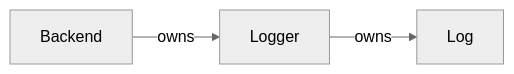
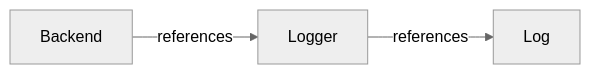
Before and after one commit to dermrvn-code/doc-lang: the second of 2 diagrams in packages/cli/test/fixtures/valid/example/expected.md, drawn with Mermaid (neutral theme). The commit also changed 5 other files, not shown here.

Commit message:
refactor: rename 'owns' in graph to 'references'

````diff
--- a/packages/cli/test/fixtures/valid/example/expected.md
+++ b/packages/cli/test/fixtures/valid/example/expected.md
@@ -37,10 +37,10 @@
 ```mermaid
 graph LR
 
 logger["Logger"]
 backend["Backend"]
 log["Log"]
 
-logger -->|"owns"| log
-backend -->|"owns"| logger
+logger -->|"references"| log
+backend -->|"references"| logger
 ```
````
